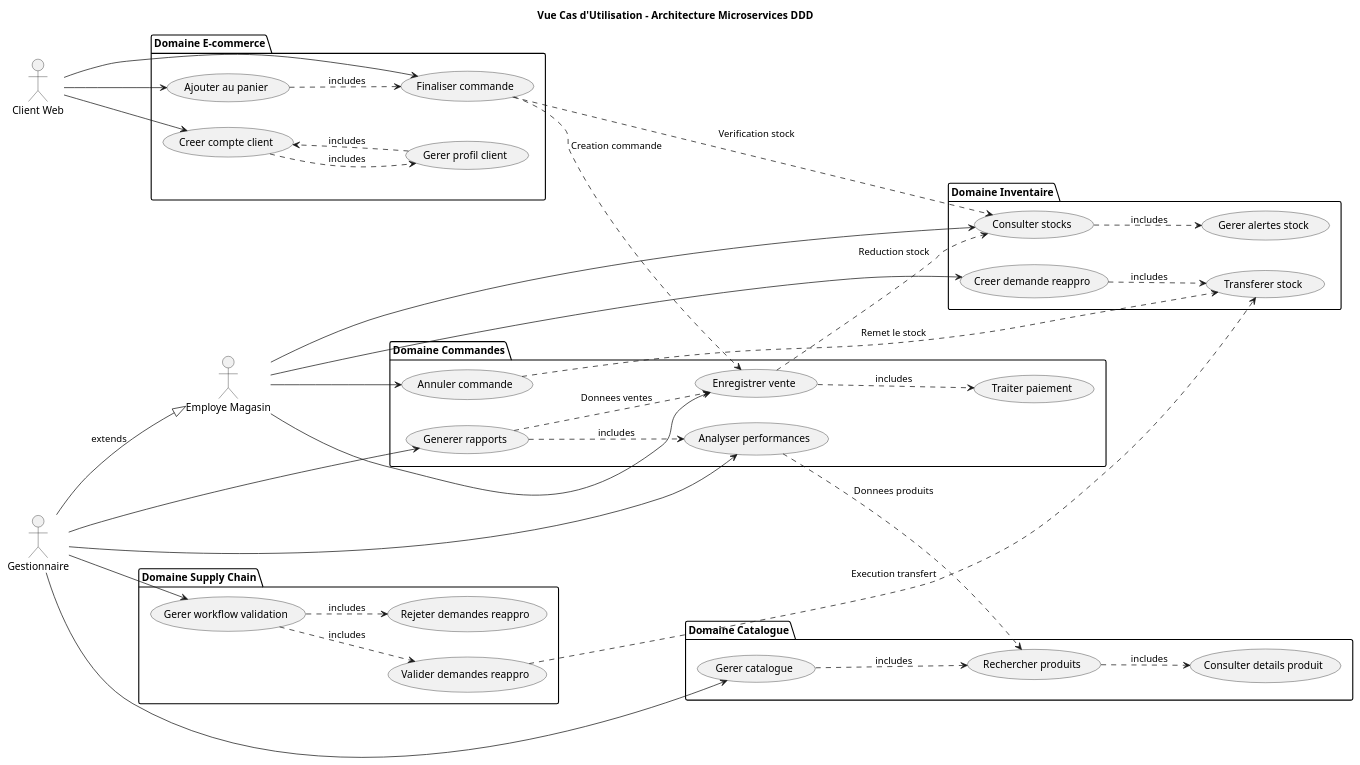
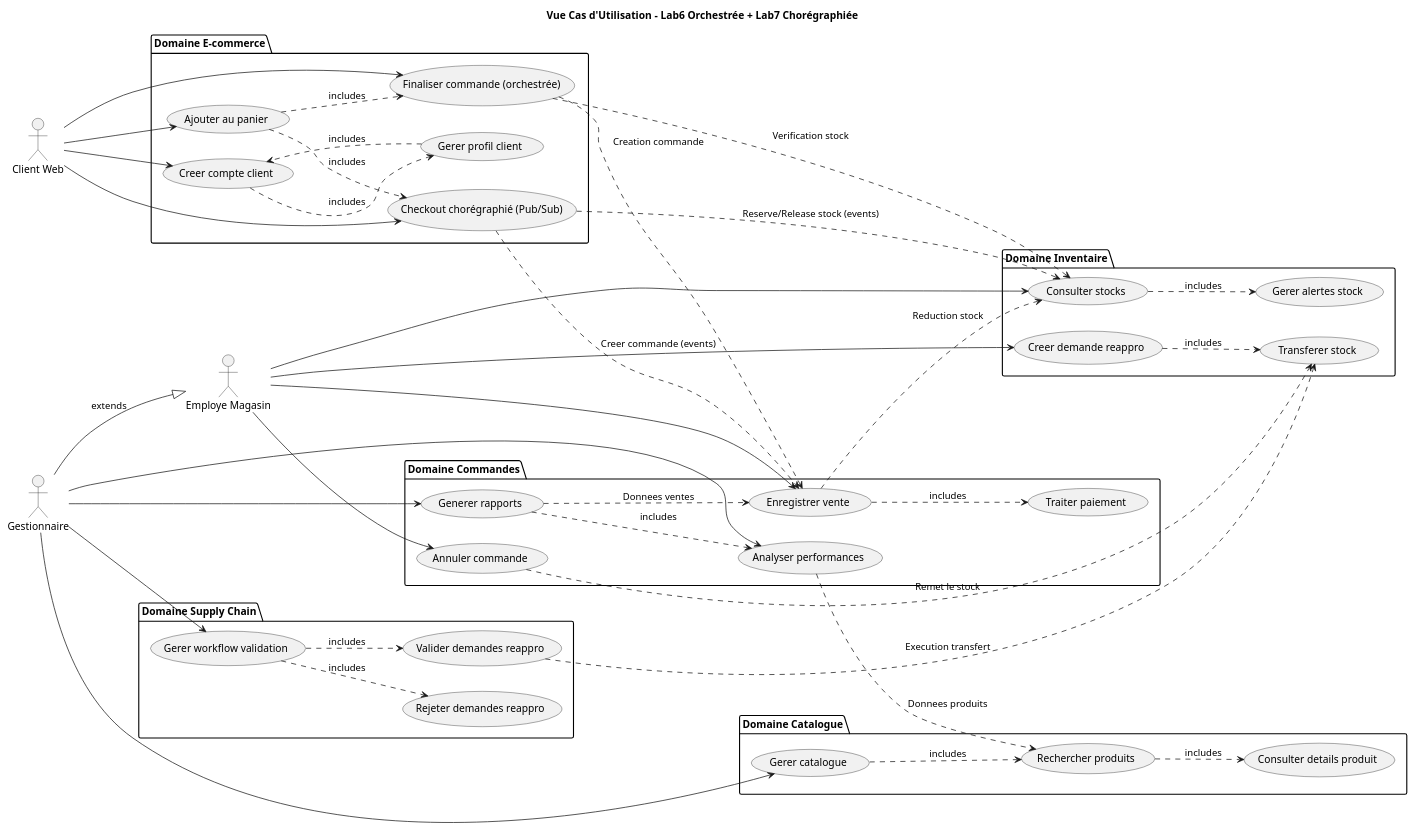
Before and after one commit to TalipKoyluoglu/LOG430-Labo7: the diagram in docs/UML/vue-cas-utilisation.puml, drawn with PlantUML. The commit also changed 41 other files, not shown here.

```diff
--- a/docs/UML/vue-cas-utilisation.puml
+++ b/docs/UML/vue-cas-utilisation.puml
@@ -1,95 +1,100 @@
 @startuml scenarios
 
-title Vue Cas d'Utilisation - Architecture Microservices DDD
+title Vue Cas d'Utilisation - Lab6 Orchestrée + Lab7 Chorégraphiée
 
 left to right direction
 
 ' Acteurs principaux
 actor "Client Web" as WebClient
 actor "Employe Magasin" as StoreEmployee
 actor "Gestionnaire" as Admin
 
 ' Héritage des rôles
 Admin --|> StoreEmployee : extends
 
 ' Domaine Catalogue (service-catalogue)
 package "Domaine Catalogue" {
     usecase "Rechercher produits" as UC01
     usecase "Consulter details produit" as UC02
     usecase "Gerer catalogue" as UC03
     
     UC01 ..> UC02 : includes
     UC03 ..> UC01 : includes
 }
 
 ' Domaine Inventaire (service-inventaire)
 package "Domaine Inventaire" {
     usecase "Consulter stocks" as UC04
     usecase "Creer demande reappro" as UC05
     usecase "Transferer stock" as UC06
     usecase "Gerer alertes stock" as UC07
     
     UC04 ..> UC07 : includes
     UC05 ..> UC06 : includes
 }
 
 ' Domaine Commandes (service-commandes)
 package "Domaine Commandes" {
     usecase "Enregistrer vente" as UC08
     usecase "Traiter paiement" as UC09
     usecase "Generer rapports" as UC10
     usecase "Analyser performances" as UC11
     usecase "Annuler commande" as UC20
     UC08 ..> UC09 : includes
     UC10 ..> UC11 : includes
 }
 
 ' Domaine Supply Chain (service-supply-chain)
 package "Domaine Supply Chain" {
     usecase "Valider demandes reappro" as UC12
     usecase "Gerer workflow validation" as UC14
     usecase "Rejeter demandes reappro" as UC19
     UC14 ..> UC19 : includes
     UC14 ..> UC12 : includes
 }
 
 ' Domaine E-commerce (service-ecommerce)
 package "Domaine E-commerce" {
     usecase "Creer compte client" as UC15
     usecase "Ajouter au panier" as UC16
-    usecase "Finaliser commande" as UC17
+    usecase "Finaliser commande (orchestrée)" as UC17
+    usecase "Checkout chorégraphié (Pub/Sub)" as UC21
     usecase "Gerer profil client" as UC18
     
     UC15 ..> UC18 : includes
     UC16 ..> UC17 : includes
+    UC16 ..> UC21 : includes
     UC18 ..> UC15 : includes
 }
 
 ' Relations acteurs - cas d'utilisation
 
 ' Client Web (E-commerce)
 WebClient --> UC15
 WebClient --> UC16
 WebClient --> UC17
+WebClient --> UC21
 
 ' Employe Magasin (droits de base)
 StoreEmployee --> UC04
 StoreEmployee --> UC05
 StoreEmployee --> UC08
 StoreEmployee --> UC20
 
 ' Gestionnaire/Admin (hérite des droits employé + droits supplémentaires)
 Admin --> UC03
 Admin --> UC10
 Admin --> UC11
 Admin --> UC14
 
-' Relations inter-domaines critiques (communication HTTP)
+' Relations inter-domaines critiques (HTTP & Events)
 UC08 ..> UC04 : Reduction stock
 UC17 ..> UC04 : Verification stock
 UC17 ..> UC08 : Creation commande
+UC21 ..> UC04 : Reserve/Release stock (events)
+UC21 ..> UC08 : Creer commande (events)
 UC12 ..> UC06 : Execution transfert
 UC10 ..> UC08 : Donnees ventes
 UC11 ..> UC01 : Donnees produits
 UC20 ..> UC06 : Remet le stock 
 @enduml
```
